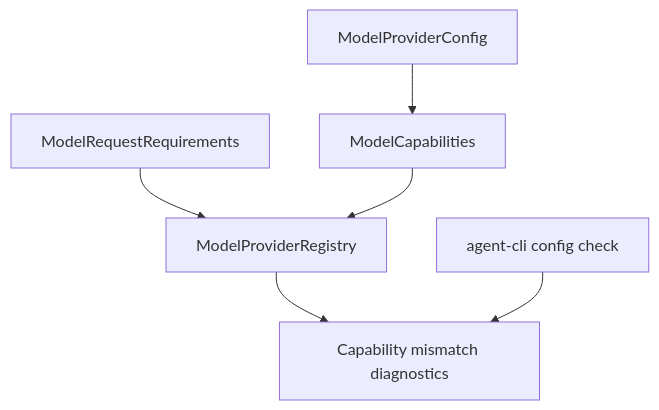
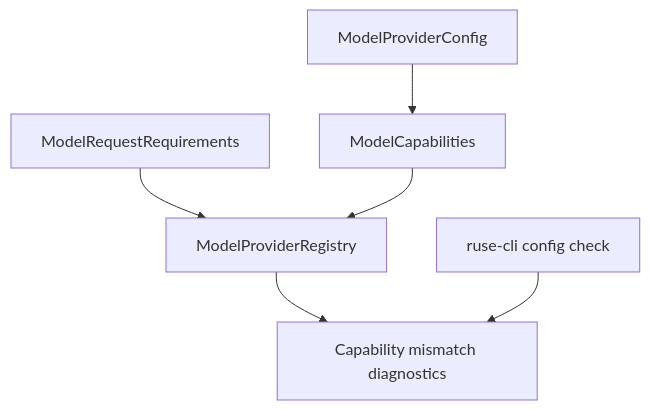
One commit to poneding/agent changed the diagram in docs/specs/M57-01-provider-capability-matrix.spec.md. Above: the diagram before and after it, drawn with Mermaid. The commit also changed other lines of this file and 2091 other files, not shown here.

First line of the commit message:
refactor: rename agent branding to ruse

````diff
--- a/docs/specs/M57-01-provider-capability-matrix.spec.md
+++ b/docs/specs/M57-01-provider-capability-matrix.spec.md
@@ -31,8 +31,8 @@
 ```mermaid
 flowchart TD
   Config["ModelProviderConfig"] --> Profile["ModelCapabilities"]
   Requirements["ModelRequestRequirements"] --> Registry["ModelProviderRegistry"]
   Profile --> Registry
   Registry --> Diagnostics["Capability mismatch diagnostics"]
-  CLI["agent-cli config check"] --> Diagnostics
+  CLI["ruse-cli config check"] --> Diagnostics
 ```
````
